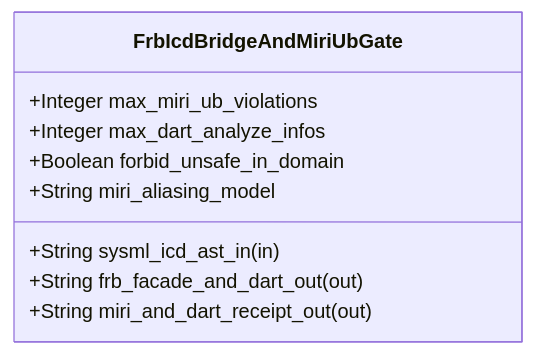
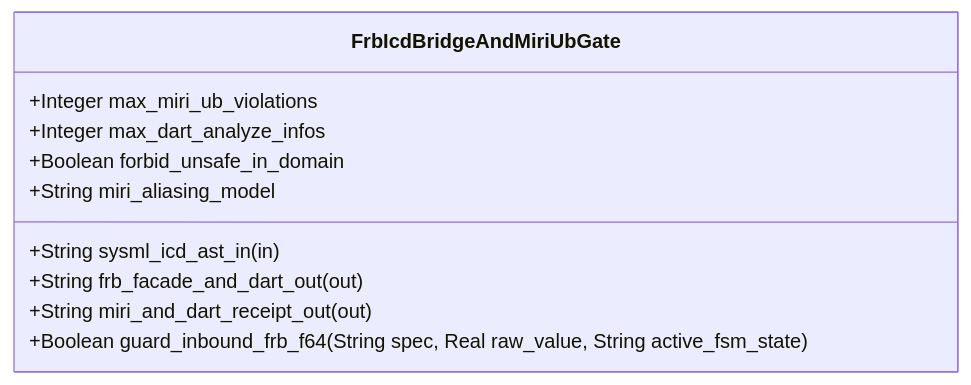
One commit to gintatkinson/DEAP01-spec-core changed the diagram in .pipeline/upstream/docs/features/FEAT-41-FrbIcdBridgeAndMiriUbGate.md. Above: the diagram before and after it, drawn with Mermaid. The commit also changed other lines of this file and 225 other files, not shown here.

````diff
--- a/.pipeline/upstream/docs/features/FEAT-41-FrbIcdBridgeAndMiriUbGate.md
+++ b/.pipeline/upstream/docs/features/FEAT-41-FrbIcdBridgeAndMiriUbGate.md
@@ -16,12 +21,13 @@
 ```mermaid
 classDiagram
     class FrbIcdBridgeAndMiriUbGate {
         +String sysml_icd_ast_in (in)
         +String frb_facade_and_dart_out (out)
         +String miri_and_dart_receipt_out (out)
         +Integer max_miri_ub_violations
         +Integer max_dart_analyze_infos
         +Boolean forbid_unsafe_in_domain
         +String miri_aliasing_model
+        +Boolean guard_inbound_frb_f64(String spec, Real raw_value, String active_fsm_state)
     }
 ```
````
